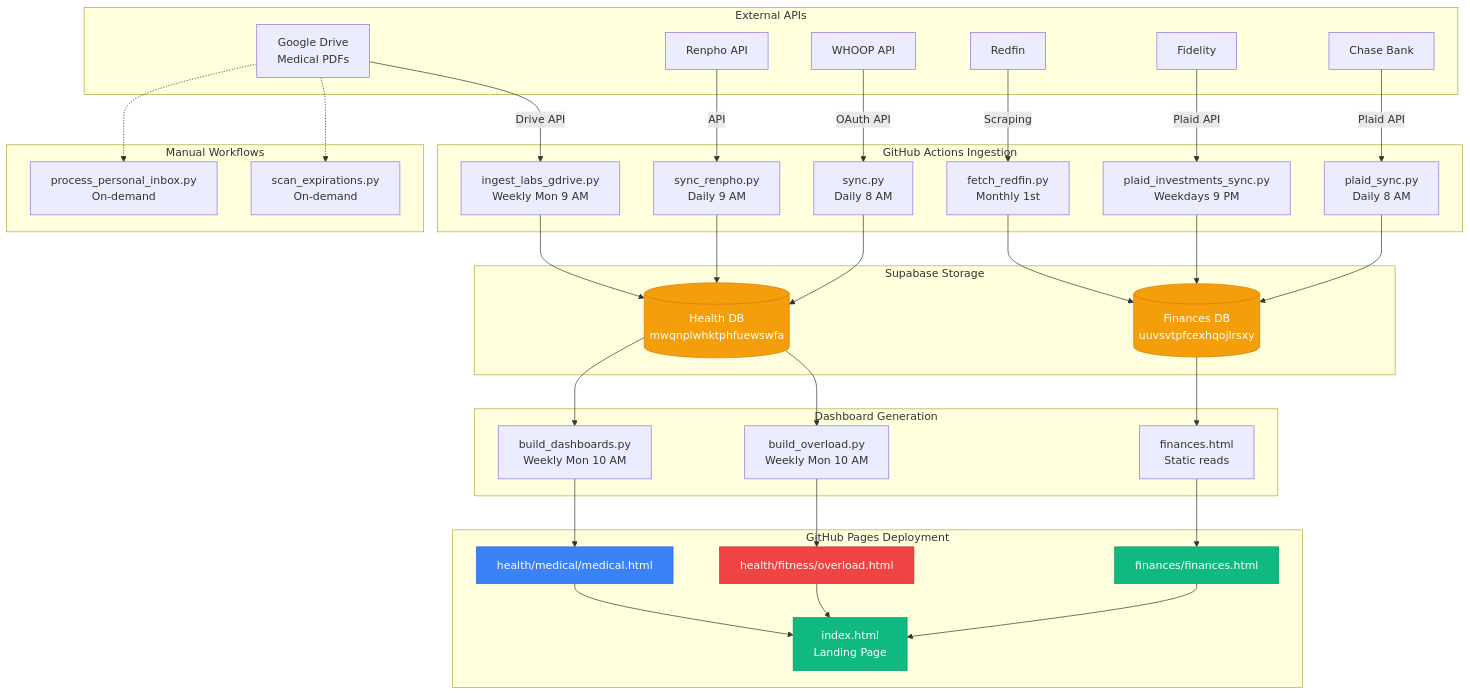
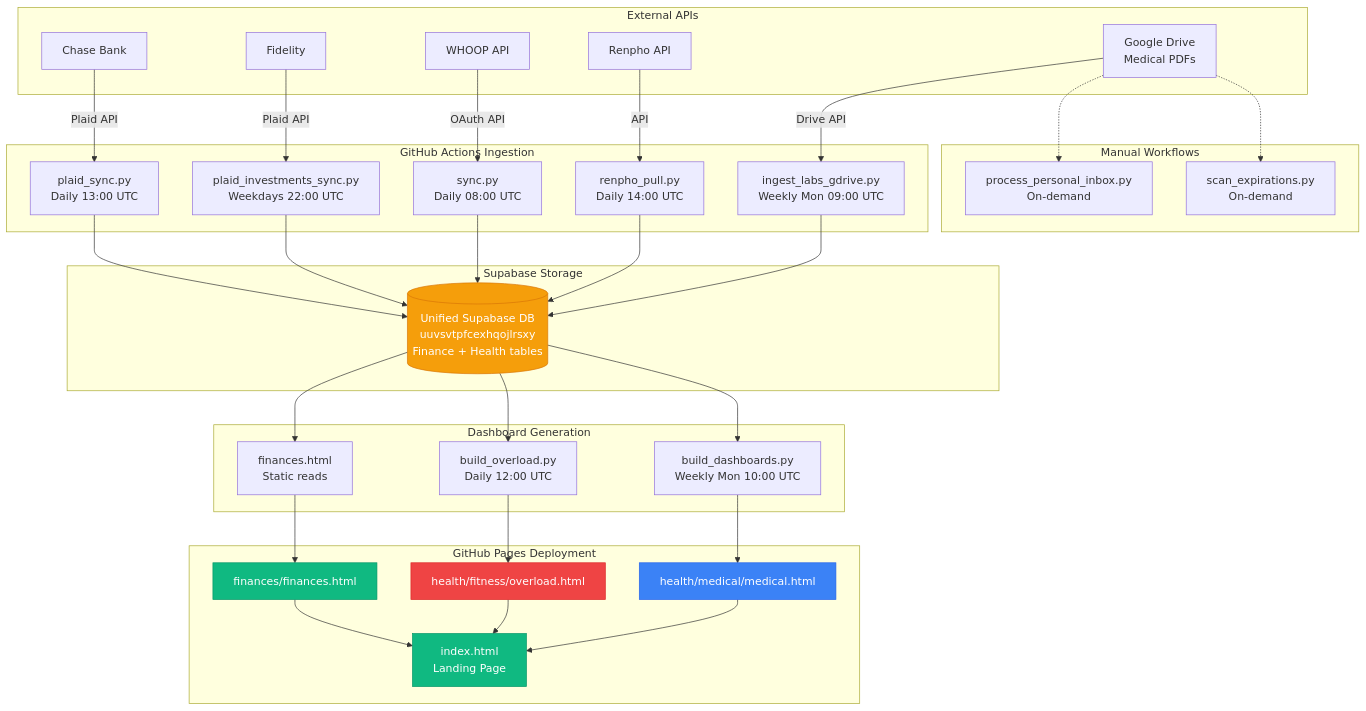
Before and after one commit to fernandomartinez-de/personal: the diagram in vault/workflows/README.md, drawn with Mermaid. The commit also changed other lines of this file and 3 other files, not shown here.

````diff
--- a/vault/workflows/README.md
+++ b/vault/workflows/README.md
@@ -223,79 +221,73 @@
 ```mermaid
 graph TB
     subgraph "External APIs"
         CHASE[Chase Bank]
         FIDELITY[Fidelity]
         WHOOP[WHOOP API]
         RENPHO[Renpho API]
-        REDFIN[Redfin]
         GDRIVE[Google Drive<br/>Medical PDFs]
     end
 
     subgraph "GitHub Actions Ingestion"
-        PLAID_C[plaid_sync.py<br/>Daily 8 AM]
-        PLAID_I[plaid_investments_sync.py<br/>Weekdays 9 PM]
-        WHOOP_S[sync.py<br/>Daily 8 AM]
-        BODY_S[sync_renpho.py<br/>Daily 9 AM]
-        REDFIN_S[fetch_redfin.py<br/>Monthly 1st]
-        LABS_I[ingest_labs_gdrive.py<br/>Weekly Mon 9 AM]
+        PLAID_C[plaid_sync.py<br/>Daily 13:00 UTC]
+        PLAID_I[plaid_investments_sync.py<br/>Weekdays 22:00 UTC]
+        WHOOP_S[sync.py<br/>Daily 08:00 UTC]
+        BODY_S[renpho_pull.py<br/>Daily 14:00 UTC]
+        LABS_I[ingest_labs_gdrive.py<br/>Weekly Mon 09:00 UTC]
     end
 
     subgraph "Supabase Storage"
-        FINANCE_DB[(Finances DB<br/>uuvsvtpfcexhqojlrsxy)]
-        HEALTH_DB[(Health DB<br/>mwqnplwhktphfuewswfa)]
+        SUPA_DB[(Unified Supabase DB<br/>uuvsvtpfcexhqojlrsxy<br/>Finance + Health tables)]
     end
 
     subgraph "Dashboard Generation"
         BUILD_F[finances.html<br/>Static reads]
-        BUILD_FIT[build_overload.py<br/>Weekly Mon 10 AM]
-        BUILD_MED[build_dashboards.py<br/>Weekly Mon 10 AM]
+        BUILD_FIT[build_overload.py<br/>Daily 12:00 UTC]
+        BUILD_MED[build_dashboards.py<br/>Weekly Mon 10:00 UTC]
     end
 
     subgraph "GitHub Pages Deployment"
         LANDING[index.html<br/>Landing Page]
         DASH_F[finances/finances.html]
         DASH_FIT[health/fitness/overload.html]
         DASH_MED[health/medical/medical.html]
     end
 
     subgraph "Manual Workflows"
         DOCS[process_personal_inbox.py<br/>On-demand]
         EXPIRE[scan_expirations.py<br/>On-demand]
     end
 
     CHASE -->|Plaid API| PLAID_C
     FIDELITY -->|Plaid API| PLAID_I
     WHOOP -->|OAuth API| WHOOP_S
     RENPHO -->|API| BODY_S
-    REDFIN -->|Scraping| REDFIN_S
     GDRIVE -->|Drive API| LABS_I
 
-    PLAID_C --> FINANCE_DB
-    PLAID_I --> FINANCE_DB
-    REDFIN_S --> FINANCE_DB
-    WHOOP_S --> HEALTH_DB
-    BODY_S --> HEALTH_DB
-    LABS_I --> HEALTH_DB
+    PLAID_C --> SUPA_DB
+    PLAID_I --> SUPA_DB
+    WHOOP_S --> SUPA_DB
+    BODY_S --> SUPA_DB
+    LABS_I --> SUPA_DB
 
-    FINANCE_DB --> BUILD_F
-    HEALTH_DB --> BUILD_FIT
-    HEALTH_DB --> BUILD_MED
+    SUPA_DB --> BUILD_F
+    SUPA_DB --> BUILD_FIT
+    SUPA_DB --> BUILD_MED
 
     BUILD_F --> DASH_F
     BUILD_FIT --> DASH_FIT
     BUILD_MED --> DASH_MED
 
     DASH_F --> LANDING
     DASH_FIT --> LANDING
     DASH_MED --> LANDING
 
     GDRIVE -.-> DOCS
     GDRIVE -.-> EXPIRE
 
     style LANDING fill:#10b981,stroke:#059669,color:#fff
     style DASH_F fill:#10b981,stroke:#059669,color:#fff
     style DASH_FIT fill:#ef4444,stroke:#dc2626,color:#fff
     style DASH_MED fill:#3b82f6,stroke:#2563eb,color:#fff
-    style FINANCE_DB fill:#f59e0b,stroke:#d97706,color:#fff
-    style HEALTH_DB fill:#f59e0b,stroke:#d97706,color:#fff
+    style SUPA_DB fill:#f59e0b,stroke:#d97706,color:#fff
 ```
````
